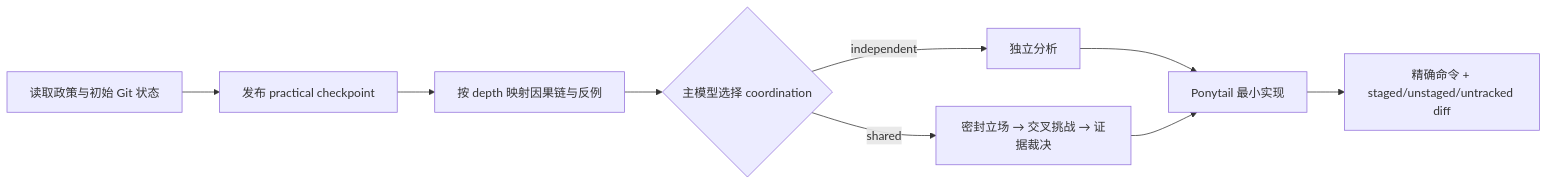
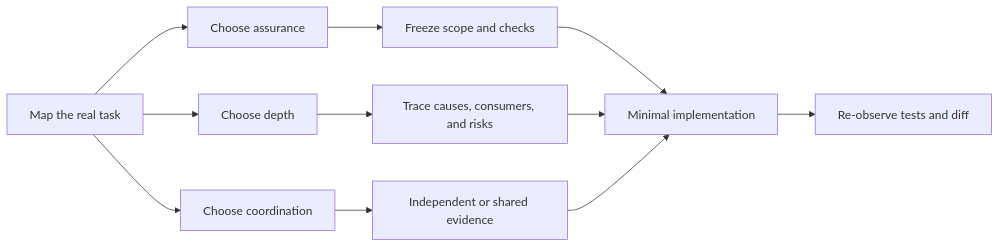
The diagram in README.md (Mai-xiyu/wide-lens-engineering), drawn with Mermaid before and after one commit. The commit also changed other lines of this file and 2 other files, not shown here.

````diff
--- a/README.md
+++ b/README.md
@@ -37,11 +91,13 @@
 ```mermaid
 flowchart LR
-    A["读取政策与初始 Git 状态"] --> B["发布 practical checkpoint"]
-    B --> C["按 depth 映射因果链与反例"]
-    C --> D{"主模型选择 coordination"}
-    D -->|independent| E["独立分析"]
-    D -->|shared| F["密封立场 → 交叉挑战 → 证据裁决"]
-    E --> G["Ponytail 最小实现"]
-    F --> G
-    G --> H["精确命令 + staged/unstaged/untracked diff"]
+    A["Map the real task"] --> B["Choose assurance"]
+    A --> C["Choose depth"]
+    A --> D["Choose coordination"]
+    B --> E["Freeze scope and checks"]
+    C --> F["Trace causes, consumers, and risks"]
+    D --> G["Independent or shared evidence"]
+    E --> H["Minimal implementation"]
+    F --> H
+    G --> H
+    H --> I["Re-observe tests and diff"]
 ```
````
